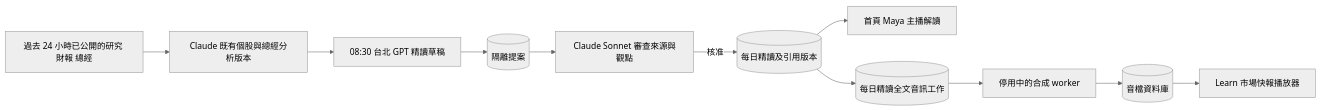
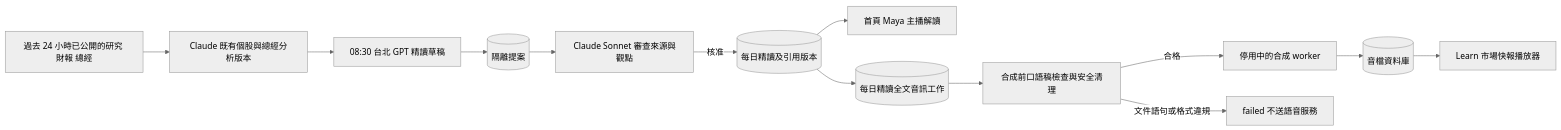
One commit to Vinskao/maya-sawa changed the first of 2 diagrams in docs/DAILY_MAYA_BRIEF.md. Above: the diagram before and after it, drawn with Mermaid (neutral theme). The commit also changed other lines of this file, not shown here.

````diff
--- a/docs/DAILY_MAYA_BRIEF.md
+++ b/docs/DAILY_MAYA_BRIEF.md
@@ -5,13 +5,15 @@
 ```mermaid
 flowchart LR
   A[過去 24 小時已公開的研究 財報 總經] --> C[Claude 既有個股與總經分析版本]
   C --> G[08:30 台北 GPT 精讀草稿]
   G --> I[(隔離提案)]
   I --> R[Claude Sonnet 審查來源與觀點]
   R -->|核准| P[(每日精讀及引用版本)]
   P --> H[首頁 Maya 主播解讀]
   P --> Q[(每日精讀全文音訊工作)]
-  Q --> T[停用中的合成 worker]
-  T --> DB[(音檔資料庫)]
+  Q --> T[合成前口語稿檢查與安全清理]
+  T -->|合格| W[停用中的合成 worker]
+  T -->|文件語句或格式違規| F[failed 不送語音服務]
+  W --> DB[(音檔資料庫)]
   DB --> L[Learn 市場快報播放器]
 ```
````
